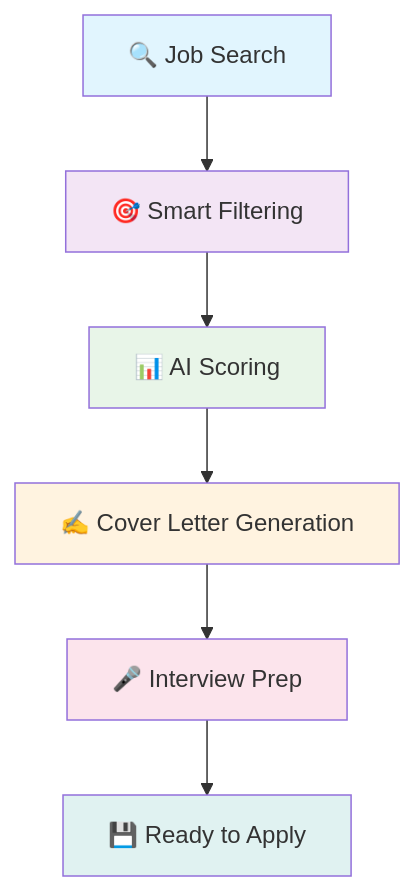
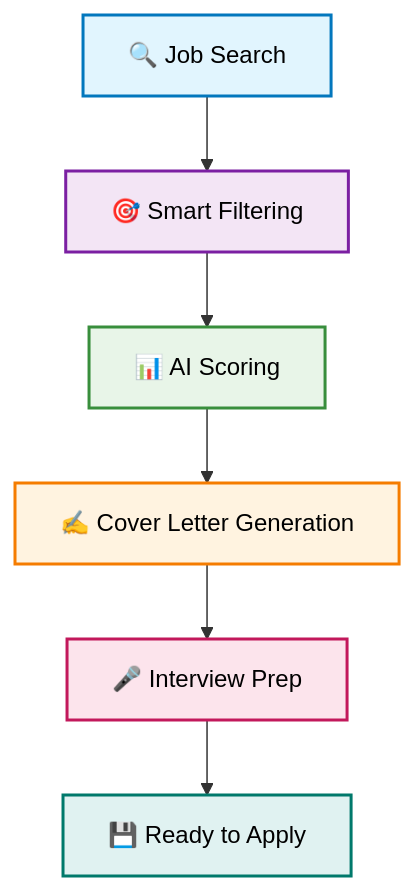
One commit to tuankg1028/Upwork-AI-Applier changed the diagram in README.md. Above: the diagram before and after it, drawn with Mermaid.

Commit message:
Enhances diagram styling for better readability
Updates the style of the diagram in the README to improve readability by adding borders and changing text color.

````diff
--- a/README.md
+++ b/README.md
@@ -96,15 +96,15 @@
 ```mermaid
 graph TD
     A[🔍 Job Search] --> B[🎯 Smart Filtering]
     B --> C[📊 AI Scoring]
     C --> D[✍️ Cover Letter Generation]
     D --> E[🎤 Interview Prep]
     E --> F[💾 Ready to Apply]
     
-    style A fill:#e1f5fe
-    style B fill:#f3e5f5
-    style C fill:#e8f5e8
-    style D fill:#fff3e0
-    style E fill:#fce4ec
-    style F fill:#e0f2f1
+    style A fill:#e1f5fe,stroke:#0277bd,stroke-width:2px,color:#000
+    style B fill:#f3e5f5,stroke:#7b1fa2,stroke-width:2px,color:#000
+    style C fill:#e8f5e8,stroke:#388e3c,stroke-width:2px,color:#000
+    style D fill:#fff3e0,stroke:#f57c00,stroke-width:2px,color:#000
+    style E fill:#fce4ec,stroke:#c2185b,stroke-width:2px,color:#000
+    style F fill:#e0f2f1,stroke:#00796b,stroke-width:2px,color:#000
 ```
````
